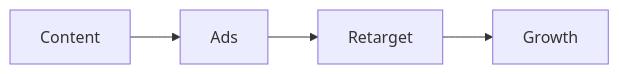
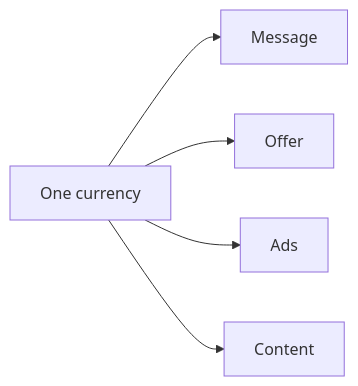
The seventh of 27 diagrams in README.md (redrhino-online/red-canon), drawn with Mermaid before and after one commit. The commit also changed other lines of this file, not shown here.

````diff
--- a/README.md
+++ b/README.md
@@ -117,6 +110,7 @@
 ```mermaid
 flowchart LR
-    A[Content] --> B[Ads]
-    B --> C[Retarget]
-    C --> D[Growth]
+    A[One currency] --> B[Message]
+    A --> C[Offer]
+    A --> D[Ads]
+    A --> E[Content]
 ```
````
